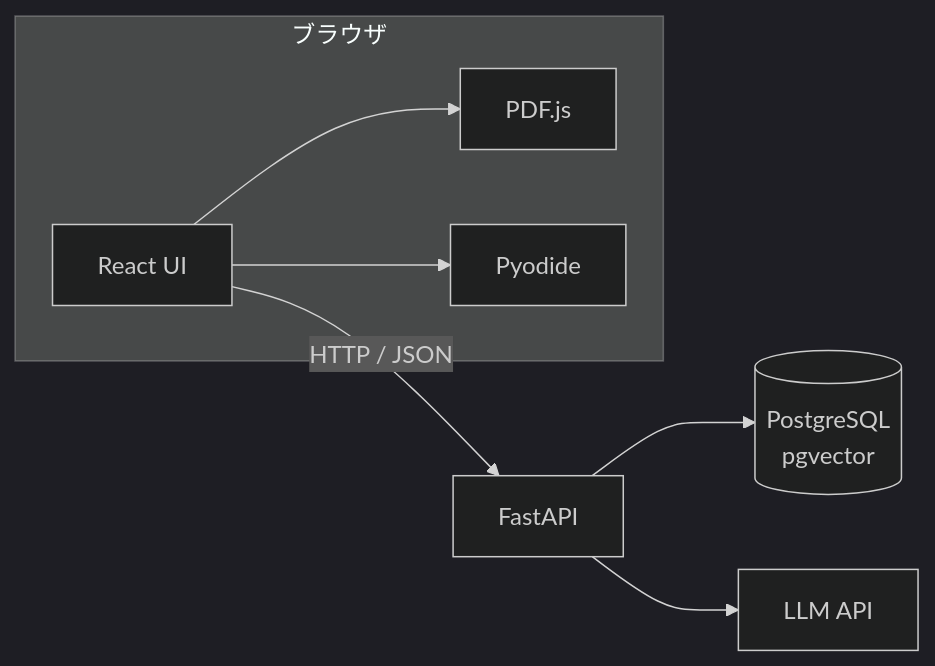
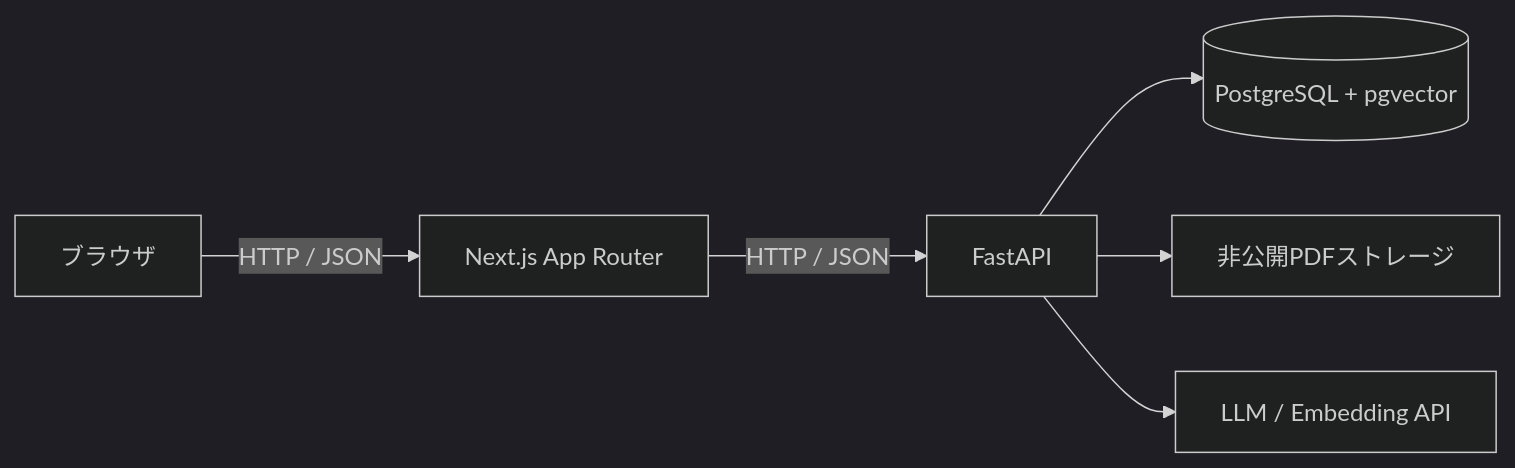
The first of 2 diagrams in docs/architecture.md (Nishi-nlp/ai-tutor), drawn with Mermaid (dark theme) before and after one commit. The commit also changed other lines of this file and 5 other files, not shown here.

````diff
--- a/docs/architecture.md
+++ b/docs/architecture.md
@@ -67,18 +13,8 @@
 ```mermaid
 flowchart LR
-    subgraph Browser["ブラウザ"]
-        React["React UI"]
-        PDF["PDF.js"]
-        Pyodide["Pyodide"]
-    end
-
-    FastAPI["FastAPI"]
-    DB[("PostgreSQL<br/>pgvector")]
-    LLM["LLM API"]
-
-    React -->|"HTTP / JSON"| FastAPI
-    FastAPI --> DB
-    FastAPI --> LLM
-    React --> PDF
-    React --> Pyodide
+    Browser["ブラウザ"] -->|"HTTP / JSON"| Next["Next.js App Router"]
+    Next -->|"HTTP / JSON"| API["FastAPI"]
+    API --> DB[("PostgreSQL + pgvector")]
+    API --> Files["非公開PDFストレージ"]
+    API --> Models["LLM / Embedding API"]
 ```
````
